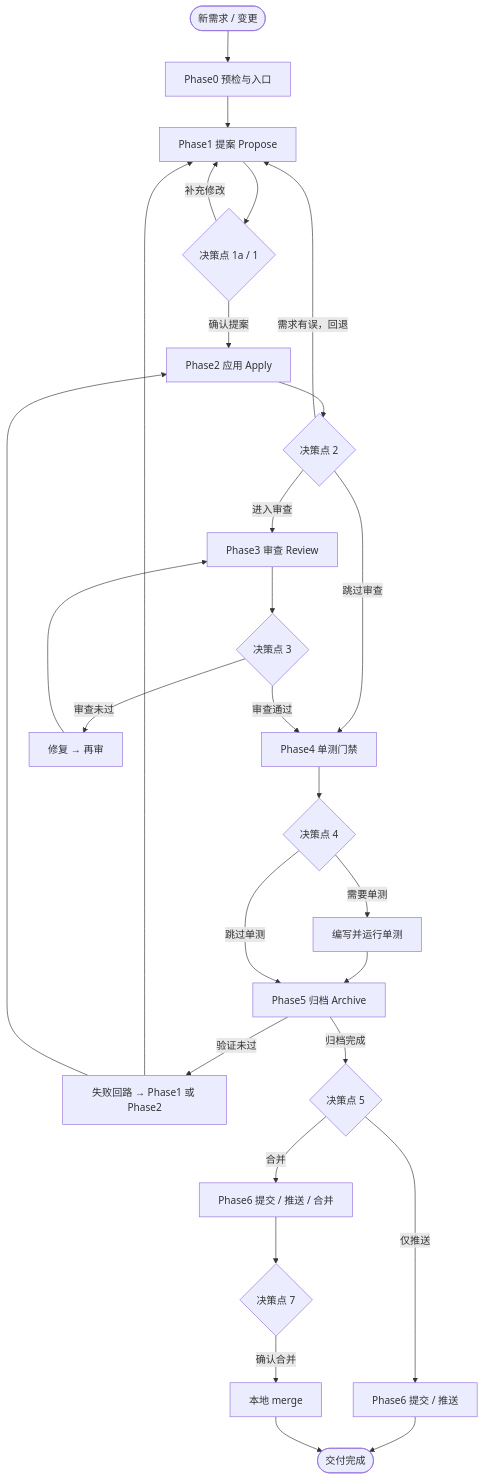
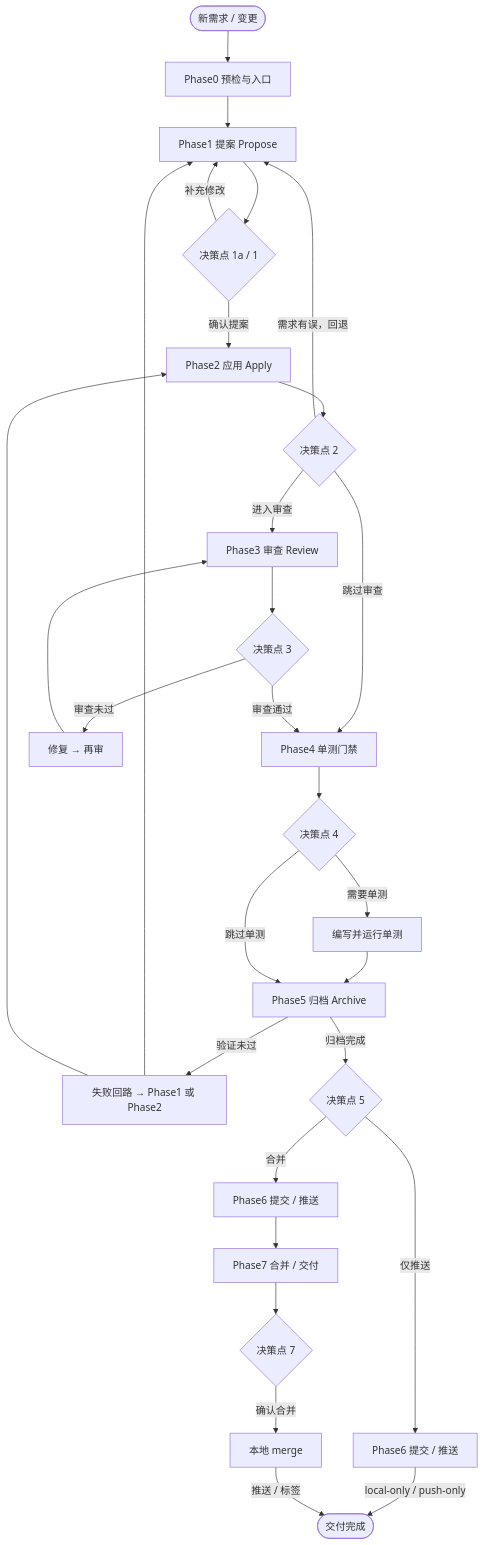
One commit to ZhaoYis/My-Skills changed the diagram in dev-pipeline/README.md. Above: the diagram before and after it, drawn with Mermaid. The commit also changed other lines of this file and 46 other files, not shown here.

First line of the commit message:
feat: Refactor dev-pipeline phases to include Phase 7 for merge and delivery

````diff
--- a/dev-pipeline/README.md
+++ b/dev-pipeline/README.md
@@ -152,38 +153,39 @@
 ```mermaid
 flowchart TD
   START(["新需求 / 变更"]) --> P0["Phase0 预检与入口"]
 
   P0 --> P1["Phase1 提案 Propose"]
 
   P1 --> DP1{"决策点 1a / 1"}
   DP1 -->|确认提案| P2["Phase2 应用 Apply"]
   DP1 -->|补充修改| P1
 
   P2 --> DP2{"决策点 2"}
   DP2 -->|进入审查| P3["Phase3 审查 Review"]
   DP2 -->|跳过审查| P4["Phase4 单测门禁"]
   DP2 -->|需求有误，回退| P1
 
   P3 --> DP3{"决策点 3"}
   DP3 -->|审查通过| P4
   DP3 -->|审查未过| FIX["修复 → 再审"]
   FIX --> P3
 
   P4 --> DP4{"决策点 4"}
   DP4 -->|需要单测| UT["编写并运行单测"]
   UT --> P5["Phase5 归档 Archive"]
   DP4 -->|跳过单测| P5
 
   P5 -->|验证未过| VFIX["失败回路 → Phase1 或 Phase2"]
   VFIX --> P1
   VFIX --> P2
   P5 -->|归档完成| DP5{"决策点 5"}
   DP5 -->|仅推送| P6["Phase6 提交 / 推送"]
-  DP5 -->|合并| P6MERGE["Phase6 提交 / 推送 / 合并"]
+  DP5 -->|合并| P6MERGE["Phase6 提交 / 推送"]
 
-  P6 --> DONE(["交付完成"])
+  P6 -->|local-only / push-only| DONE(["交付完成"])
 
-  P6MERGE --> DP7{"决策点 7"}
+  P6MERGE --> P7["Phase7 合并 / 交付"]
+  P7 --> DP7{"决策点 7"}
   DP7 -->|确认合并| MERGE["本地 merge"]
-  MERGE --> DONE
+  MERGE -->|推送 / 标签| DONE
 ```
````
